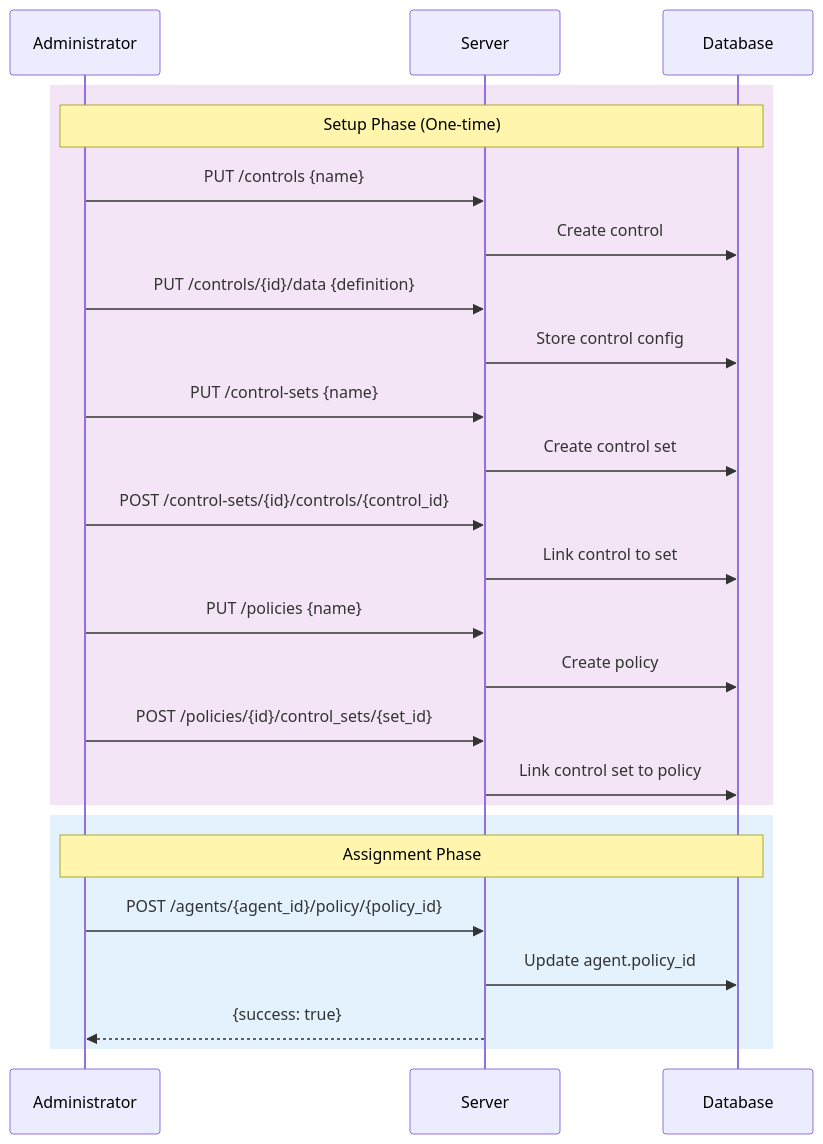
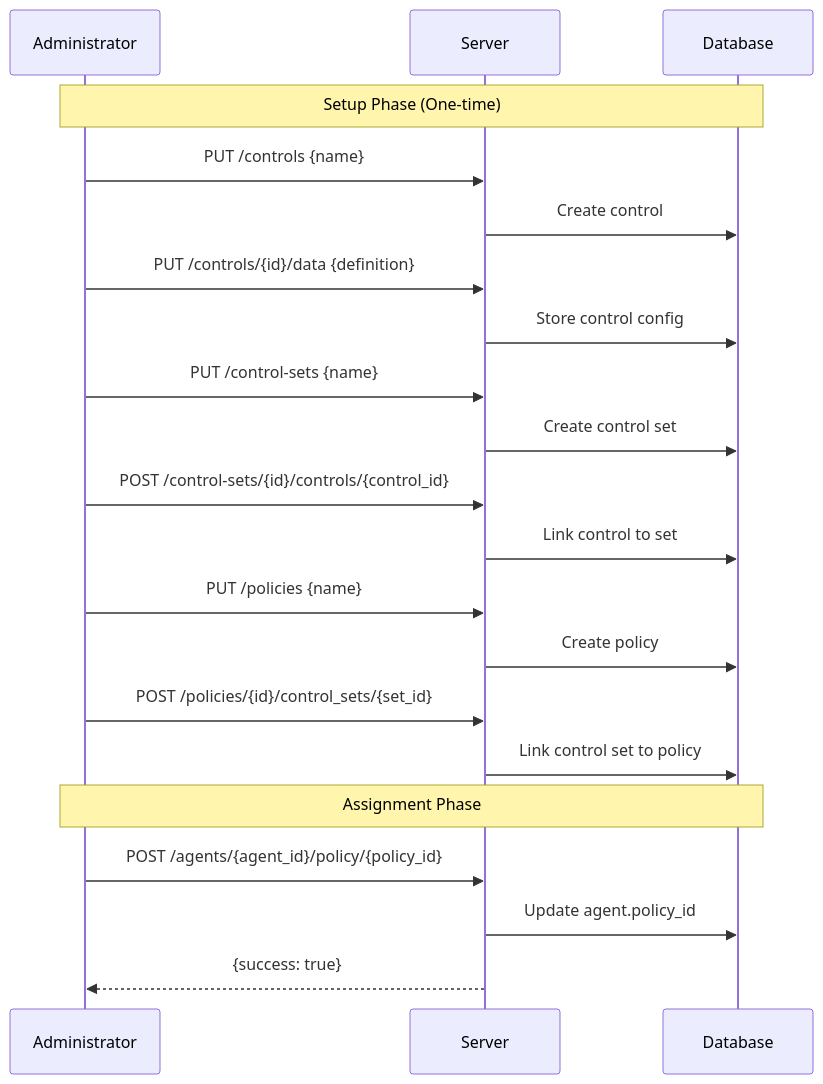
Before and after one commit to agentcontrol/agent-control: the third of 6 diagrams in diagrams/07-agent-lifecycle.md, drawn with Mermaid. The commit also changed other lines of this file and 9 other files, not shown here.

````diff
--- a/diagrams/07-agent-lifecycle.md
+++ b/diagrams/07-agent-lifecycle.md
@@ -57,31 +57,27 @@
 ```mermaid
 sequenceDiagram
     participant Admin as Administrator
     participant Server as Server
     participant DB as Database
 
-    rect rgb(243, 229, 245)
-        Note over Admin,DB: Setup Phase (One-time)
+    Note over Admin,DB: Setup Phase (One-time)
         Admin->>Server: PUT /controls {name}
         Server->>DB: Create control
         Admin->>Server: PUT /controls/{id}/data {definition}
         Server->>DB: Store control config
         
         Admin->>Server: PUT /control-sets {name}
         Server->>DB: Create control set
         Admin->>Server: POST /control-sets/{id}/controls/{control_id}
         Server->>DB: Link control to set
         
         Admin->>Server: PUT /policies {name}
         Server->>DB: Create policy
         Admin->>Server: POST /policies/{id}/control_sets/{set_id}
         Server->>DB: Link control set to policy
-    end
 
-    rect rgb(227, 242, 253)
-        Note over Admin,DB: Assignment Phase
+    Note over Admin,DB: Assignment Phase
         Admin->>Server: POST /agents/{agent_id}/policy/{policy_id}
         Server->>DB: Update agent.policy_id
         Server-->>Admin: {success: true}
-    end
 ```
````
